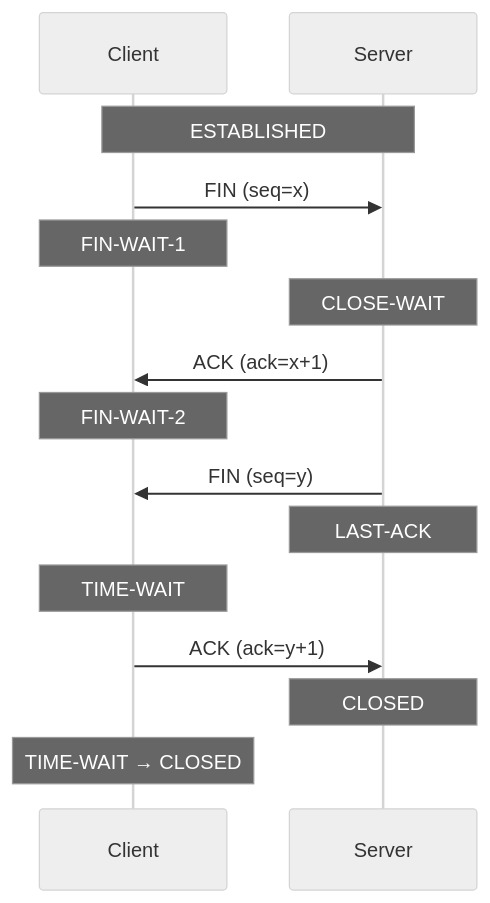
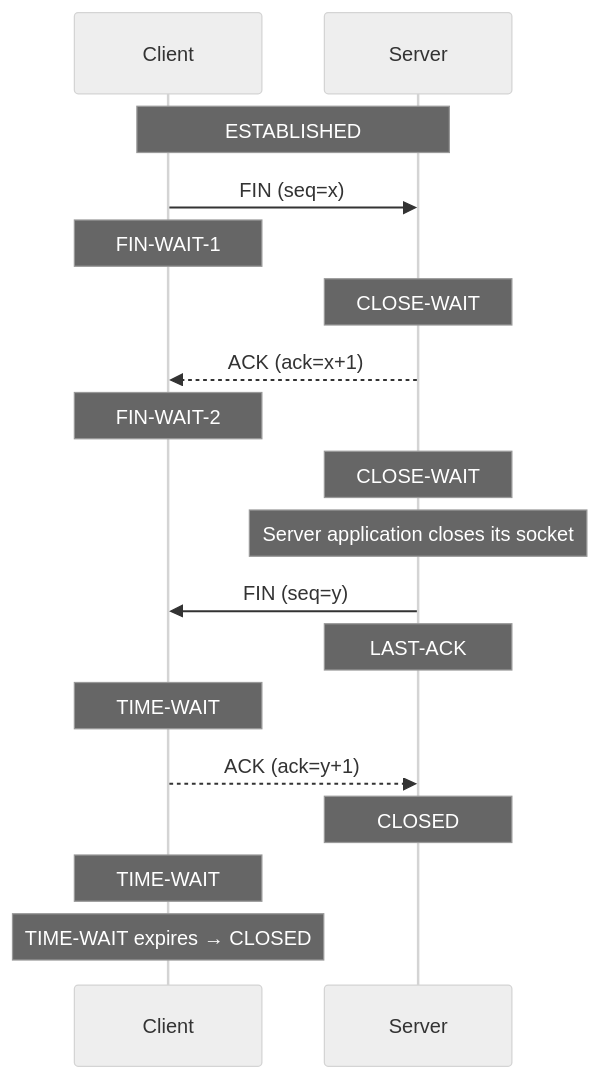
Before and after one commit to pddzl/Notes: the second of 2 diagrams in IT/OS/Linux/TCP.md, drawn with Mermaid (neutral theme). The commit also changed other lines of this file and 3 other files, not shown here.

````diff
--- a/IT/OS/Linux/TCP.md
+++ b/IT/OS/Linux/TCP.md
@@ -141,23 +156,26 @@
 ```mermaid
 sequenceDiagram
     participant C as Client
     participant S as Server
 
     Note over C,S: ESTABLISHED
 
     C->>S: FIN (seq=x)
     Note over C: FIN-WAIT-1
     Note over S: CLOSE-WAIT
 
-    S->>C: ACK (ack=x+1)
+    S-->>C: ACK (ack=x+1)
     Note over C: FIN-WAIT-2
+    Note over S: CLOSE-WAIT
 
+    Note over S: Server application closes its socket
     S->>C: FIN (seq=y)
     Note over S: LAST-ACK
     Note over C: TIME-WAIT
 
-    C->>S: ACK (ack=y+1)
+    C-->>S: ACK (ack=y+1)
     Note over S: CLOSED
+    Note over C: TIME-WAIT
 
-    Note over C: TIME-WAIT → CLOSED
+    Note over C: TIME-WAIT expires → CLOSED
 ```
````
